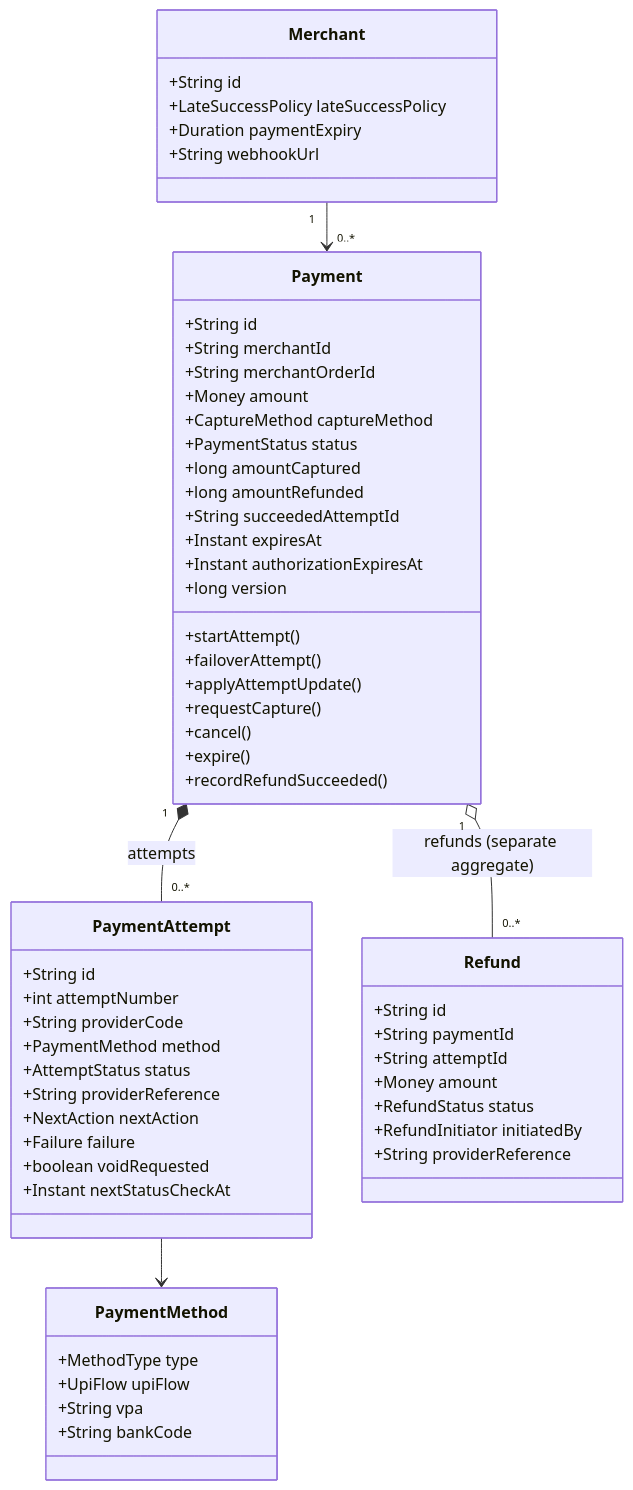
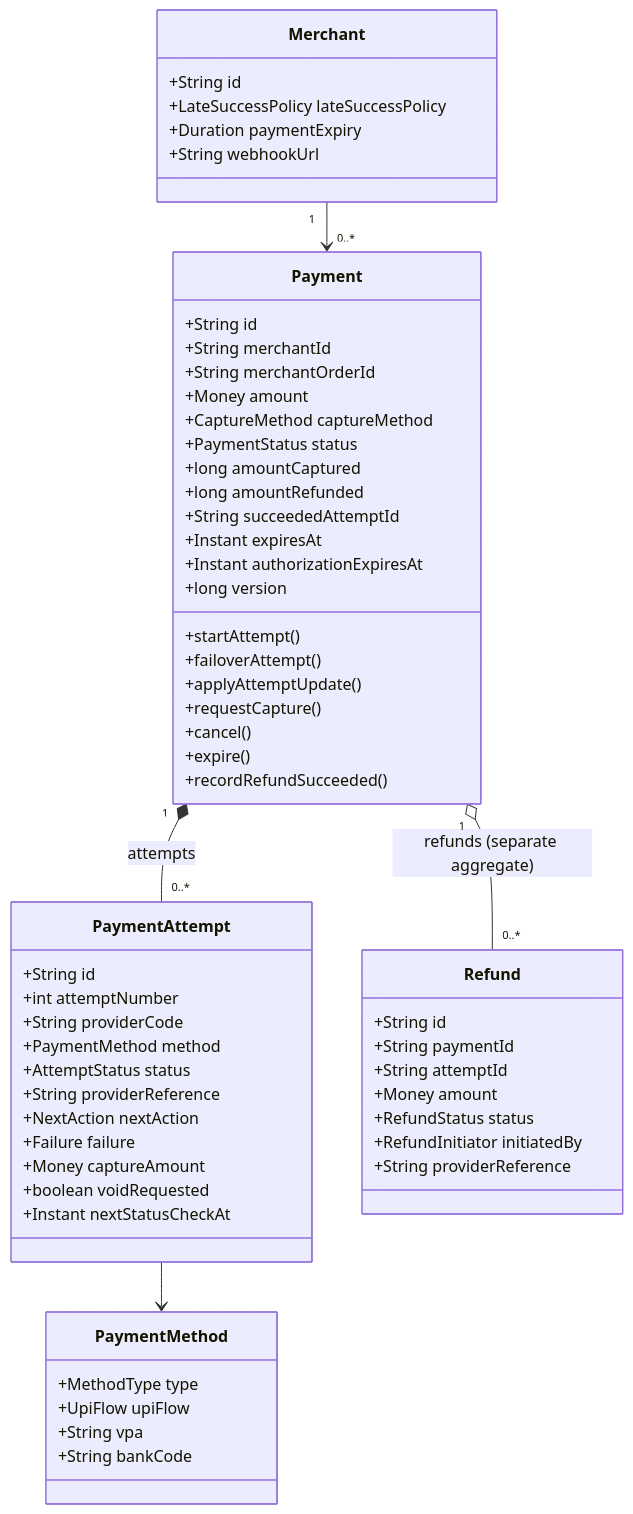
The first of 9 diagrams in docs/low-level-design.md (Deepika-1201/Payment-Orchestrator), drawn with Mermaid before and after one commit. The commit also changed other lines of this file and 27 other files, not shown here.

First line of the commit message:
Phase 19: partial capture up to the authorized amount on PSPs that support it (ADR-036)

````diff
--- a/docs/low-level-design.md
+++ b/docs/low-level-design.md
@@ -45,61 +45,62 @@
 ```mermaid
 classDiagram
     class Payment {
       +String id
       +String merchantId
       +String merchantOrderId
       +Money amount
       +CaptureMethod captureMethod
       +PaymentStatus status
       +long amountCaptured
       +long amountRefunded
       +String succeededAttemptId
       +Instant expiresAt
       +Instant authorizationExpiresAt
       +long version
       +startAttempt()
       +failoverAttempt()
       +applyAttemptUpdate()
       +requestCapture()
       +cancel()
       +expire()
       +recordRefundSucceeded()
     }
     class PaymentAttempt {
       +String id
       +int attemptNumber
       +String providerCode
       +PaymentMethod method
       +AttemptStatus status
       +String providerReference
       +NextAction nextAction
       +Failure failure
+      +Money captureAmount
       +boolean voidRequested
       +Instant nextStatusCheckAt
     }
     class Refund {
       +String id
       +String paymentId
       +String attemptId
       +Money amount
       +RefundStatus status
       +RefundInitiator initiatedBy
       +String providerReference
     }
     class PaymentMethod {
       +MethodType type
       +UpiFlow upiFlow
       +String vpa
       +String bankCode
     }
     class Merchant {
       +String id
       +LateSuccessPolicy lateSuccessPolicy
       +Duration paymentExpiry
       +String webhookUrl
     }
     Payment "1" *-- "0..*" PaymentAttempt : attempts
     Payment "1" o-- "0..*" Refund : refunds (separate aggregate)
     PaymentAttempt --> PaymentMethod
     Merchant "1" --> "0..*" Payment
 ```
````
